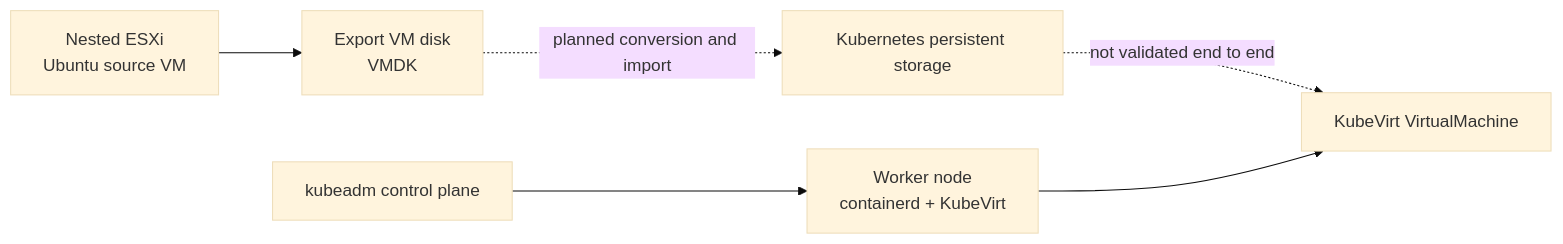
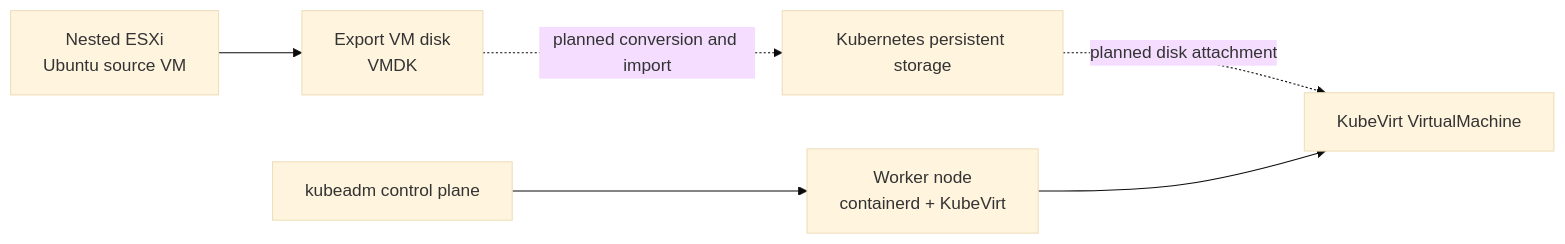
The diagram in README.md (SimoLaasri/esxi-kubevirt-migration-lab), drawn with Mermaid (base theme) before and after one commit. The commit also changed other lines of this file, not shown here.

Commit message:
Clarify KubeVirt migration status and next checks

````diff
--- a/README.md
+++ b/README.md
@@ -22,8 +21,8 @@
 ```mermaid
 flowchart LR
     E["Nested ESXi<br/>Ubuntu source VM"] --> X["Export VM disk<br/>VMDK"]
     X -. "planned conversion and import" .-> S["Kubernetes persistent storage"]
-    S -. "not validated end to end" .-> V["KubeVirt VirtualMachine"]
+    S -. "planned disk attachment" .-> V["KubeVirt VirtualMachine"]
     C["kubeadm control plane"] --> W["Worker node<br/>containerd + KubeVirt"]
     W --> V
 ```
````
